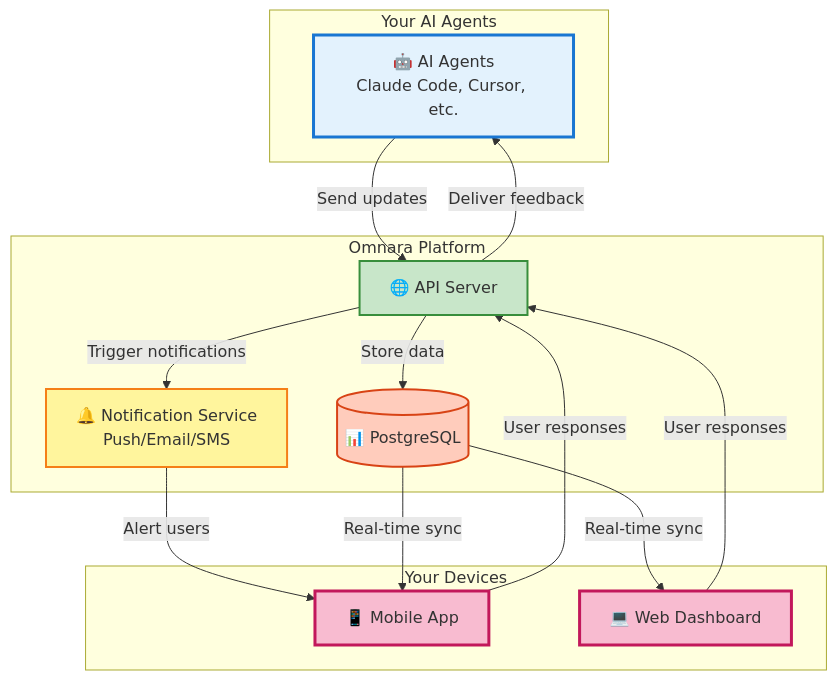
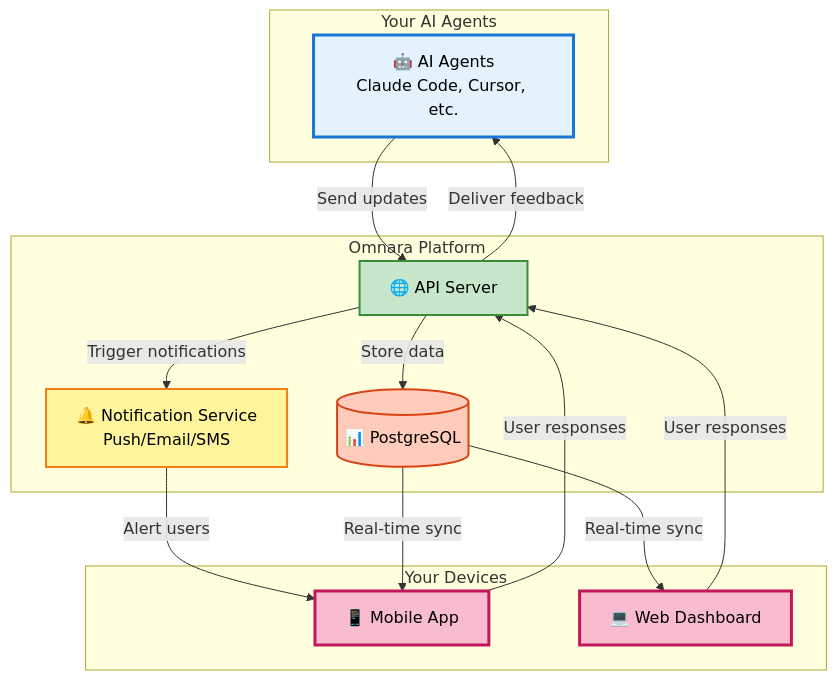
The diagram in README.md (omnara-ai/omnara), drawn with Mermaid before and after one commit.

Commit message:
better text contrast in diagram

````diff
--- a/README.md
+++ b/README.md
@@ -78,34 +78,34 @@
 ```mermaid
 graph TB
     subgraph "Your AI Agents"
         A[🤖 AI Agents<br/>Claude Code, Cursor, etc.]
     end
 
     subgraph "Omnara Platform"
         API[🌐 API Server]
         DB[(📊 PostgreSQL)]
         NOTIFY[🔔 Notification Service<br/>Push/Email/SMS]
     end
 
     subgraph "Your Devices"
         M[📱 Mobile App]
         W[💻 Web Dashboard]
     end
 
     A -->|Send updates| API
     API -->|Store data| DB
     API -->|Trigger notifications| NOTIFY
     NOTIFY -->|Alert users| M
     DB -->|Real-time sync| M
     DB -->|Real-time sync| W
     M -->|User responses| API
     W -->|User responses| API
     API -->|Deliver feedback| A
 
-    style A fill:#e3f2fd,stroke:#1976d2,stroke-width:3px
-    style API fill:#c8e6c9,stroke:#388e3c,stroke-width:2px
-    style DB fill:#ffccbc,stroke:#d84315,stroke-width:2px
-    style NOTIFY fill:#fff59d,stroke:#f57f17,stroke-width:2px
-    style M fill:#f8bbd0,stroke:#c2185b,stroke-width:3px
-    style W fill:#f8bbd0,stroke:#c2185b,stroke-width:3px
+    style A fill:#e3f2fd,stroke:#1976d2,stroke-width:3px,color:#000
+    style API fill:#c8e6c9,stroke:#388e3c,stroke-width:2px,color:#000
+    style DB fill:#ffccbc,stroke:#d84315,stroke-width:2px,color:#000
+    style NOTIFY fill:#fff59d,stroke:#f57f17,stroke-width:2px,color:#000
+    style M fill:#f8bbd0,stroke:#c2185b,stroke-width:3px,color:#000
+    style W fill:#f8bbd0,stroke:#c2185b,stroke-width:3px,color:#000
 ```
````
